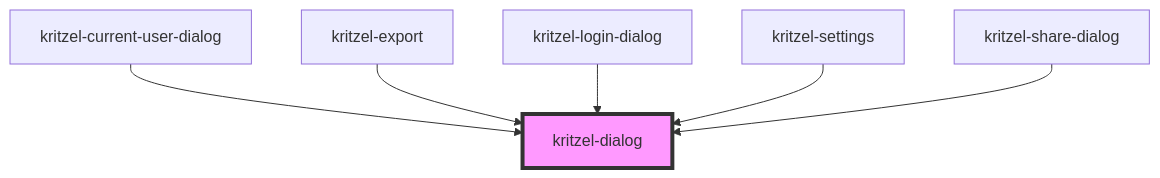
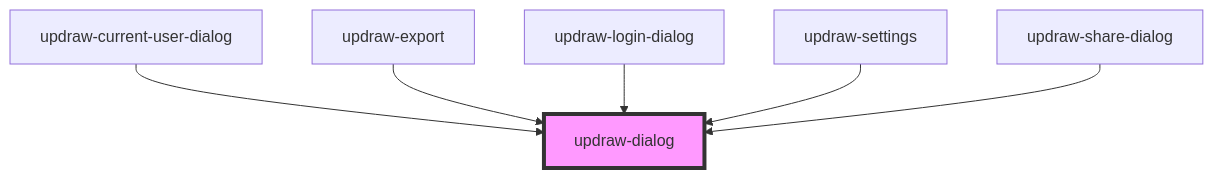
One commit to kasual1/kritzel changed the diagram in libs/editor/core/src/components/updraw-dialog/readme.md. Above: the diagram before and after it, drawn with Mermaid. The commit also changed other lines of this file and 1129 other files, not shown here.

First line of the commit message:
Replace kritzel with updraw across the codebase

````diff
--- a/libs/editor/core/src/components/updraw-dialog/readme.md
+++ b/libs/editor/core/src/components/updraw-dialog/readme.md
@@ -126,9 +126,9 @@
 ```mermaid
 graph TD;
-  kritzel-current-user-dialog --> kritzel-dialog
-  kritzel-export --> kritzel-dialog
-  kritzel-login-dialog --> kritzel-dialog
-  kritzel-settings --> kritzel-dialog
-  kritzel-share-dialog --> kritzel-dialog
-  style kritzel-dialog fill:#f9f,stroke:#333,stroke-width:4px
+  updraw-current-user-dialog --> updraw-dialog
+  updraw-export --> updraw-dialog
+  updraw-login-dialog --> updraw-dialog
+  updraw-settings --> updraw-dialog
+  updraw-share-dialog --> updraw-dialog
+  style updraw-dialog fill:#f9f,stroke:#333,stroke-width:4px
 ```
````
